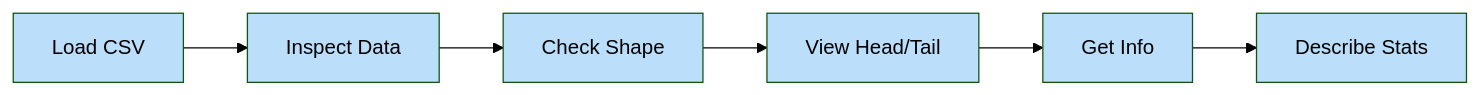
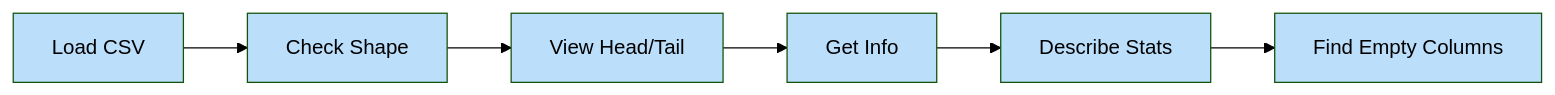
The fifth of 11 diagrams in module-bd/DOCUMENTATION.md (iportilla/CItraining), drawn with Mermaid (forest theme) before and after one commit. The commit also changed other lines of this file and 4 other files, not shown here.

````diff
--- a/module-bd/DOCUMENTATION.md
+++ b/module-bd/DOCUMENTATION.md
@@ -624,15 +1036,15 @@
 ```mermaid
 graph LR
-    A["Load CSV"] --> B["Inspect Data"]
-    B --> C["Check Shape"]
-    C --> D["View Head/Tail"]
-    D --> E["Get Info"]
-    E --> F["Describe Stats"]
+    A["Load CSV"] --> B["Check Shape"]
+    B --> C["View Head/Tail"]
+    C --> D["Get Info"]
+    D --> E["Describe Stats"]
+    E --> F["Find Empty Columns"]
     
     style A fill:#bbdefb
     style B fill:#bbdefb
     style C fill:#bbdefb
     style D fill:#bbdefb
     style E fill:#bbdefb
     style F fill:#bbdefb
 ```
````
